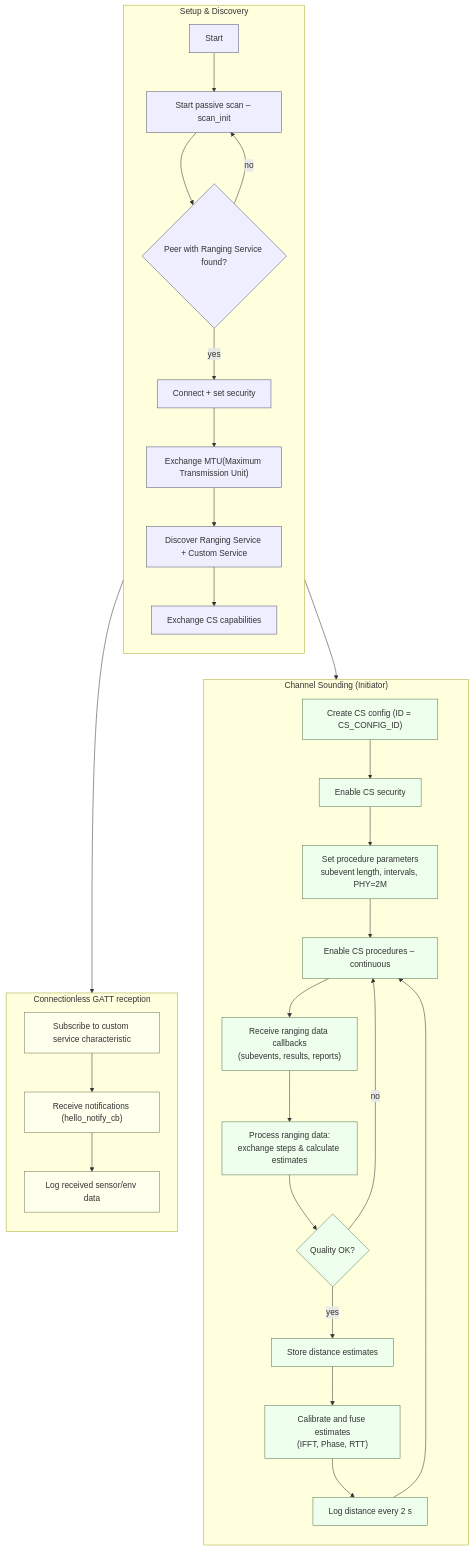
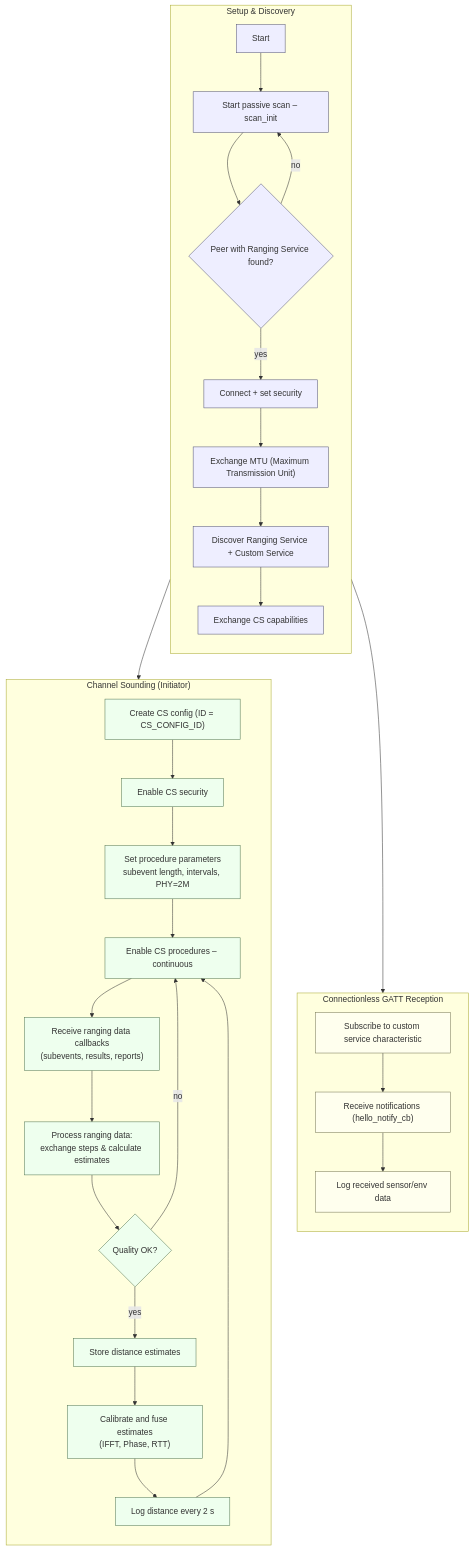
The diagram in flowchart/diagram.mmd (thanvas81/channel_sounding_ras_initiator_original), drawn with Mermaid before and after one commit. The commit also changed 1 other file, not shown here.

Commit message:
changes in flowchart

```diff
--- a/flowchart/diagram.mmd
+++ b/flowchart/diagram.mmd
@@ -1,55 +1,55 @@
 %%{init: {"theme": "default", "themeVariables": { "background": "white"}}}%%
 flowchart TD
     %% ===== Setup & Discovery =====
     subgraph SETUP["Setup & Discovery"]
     direction TB
         A["Start"]
         C["Start passive scan – scan_init"]
         D{"Peer with Ranging Service found?"}
         E["Connect + set security"]
-        F["Exchange MTU(Maximum Transmission Unit)"]
+        F["Exchange MTU (Maximum Transmission Unit)"]
         G["Discover Ranging Service + Custom Service"]
         H["Exchange CS capabilities"]
         A --> C --> D
         D -- "no" --> C
         D -- "yes" --> E --> F --> G --> H
     end
 
     %% ===== Channel Sounding Pipeline =====
     subgraph CS["Channel Sounding (Initiator)"]
     direction TB
         I["Create CS config (ID = CS_CONFIG_ID)"]
         J["Enable CS security"]
         K["Set procedure parameters<br/>subevent length, intervals, PHY=2M"]
         L["Enable CS procedures – continuous"]
         M["Receive ranging data callbacks<br/>(subevents, results, reports)"]
         N["Process ranging data:<br/>exchange steps & calculate estimates"]
         Q{"Quality OK?"}
         R["Store distance estimates"]
         S["Calibrate and fuse estimates<br/>(IFFT, Phase, RTT)"]
         V["Log distance every 2 s"]
         I --> J --> K --> L --> M --> N --> Q
         Q -- "no" --> L
         Q -- "yes" --> R --> S --> V --> L
     end
 
     %% ===== Connectionless GATT Reception =====
-    subgraph GATT["Connectionless GATT reception"]
+    subgraph GATT["Connectionless GATT Reception"]
     direction TB
         W["Subscribe to custom service characteristic"]
         X["Receive notifications (hello_notify_cb)"]
         Y["Log received sensor/env data"]
         W --> X --> Y
     end
 
-    %% Connect setup downwards to both runtime paths
-    H --> I
-    H --> W
+    %% Connect setup downwards to subgraphs
+    H --> CS
+    H --> GATT
 
     %% --- Styling (optional) ---
     classDef setup fill:#eef,stroke:#557,stroke-width:1px;
     classDef cs fill:#efe,stroke:#575,stroke-width:1px;
     classDef gatt fill:#ffe,stroke:#775,stroke-width:1px;
     class A,C,D,E,F,G,H setup;
     class I,J,K,L,M,N,Q,R,S,V cs;
     class W,X,Y gatt;
```
